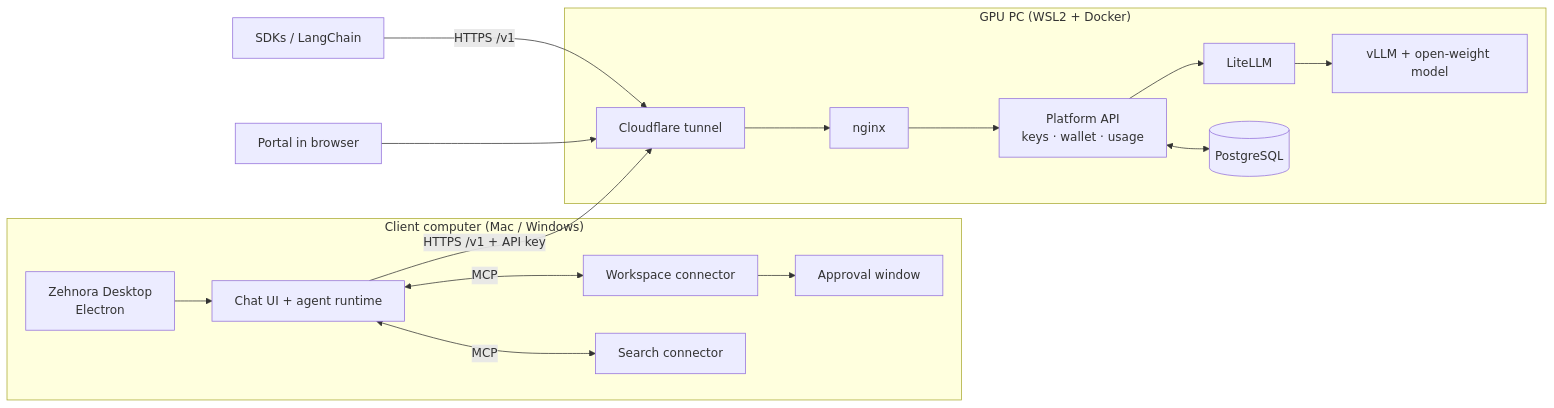
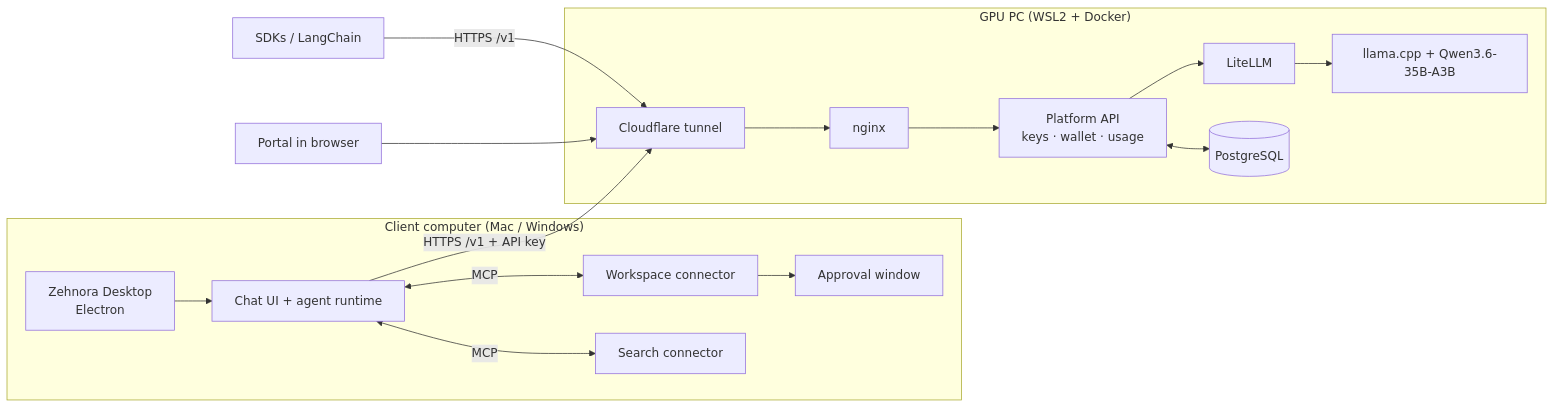
The diagram in README.md (Inshal-Amir/Zehnora), drawn with Mermaid before and after one commit. The commit also changed other lines of this file and 24 other files, not shown here.

First line of the commit message:
Server: default to Qwen3.6-35B-A3B on llama.cpp, keep vLLM as an option

````diff
--- a/README.md
+++ b/README.md
@@ -42,17 +42,17 @@
 ```mermaid
 flowchart LR
     subgraph Client["Client computer (Mac / Windows)"]
         E[Zehnora Desktop<br/>Electron] --> L[Chat UI + agent runtime]
         L <-->|MCP| W[Workspace connector]
         L <-->|MCP| S[Search connector]
         W --> A[Approval window]
     end
     subgraph Server["GPU PC (WSL2 + Docker)"]
         T[Cloudflare tunnel] --> N[nginx] --> P[Platform API<br/>keys · wallet · usage]
-        P --> K[LiteLLM] --> V[vLLM + open-weight model]
+        P --> K[LiteLLM] --> V[llama.cpp + Qwen3.6-35B-A3B]
         P <--> D[(PostgreSQL)]
     end
     L -->|HTTPS /v1 + API key| T
     U[SDKs / LangChain] -->|HTTPS /v1| T
     B[Portal in browser] --> T
 ```
````
